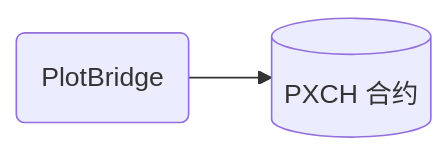
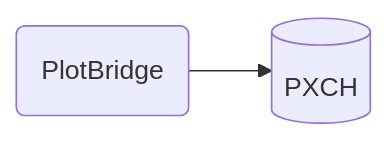
Before and after one commit to plot-network/plotbridge-website: the first of 4 diagrams in content/tokens.md, drawn with Mermaid. The commit also changed 7 other files, not shown here.

```diff
--- a/content/tokens.md
+++ b/content/tokens.md
@@ -25,4 +25,4 @@
 {{< mermaid >}}
 graph LR;
-PB(PlotBridge) --> PC[(PXCH 合约)]
+PB(PlotBridge) --> PC[(PXCH)]
 {{</mermaid>}}
```
